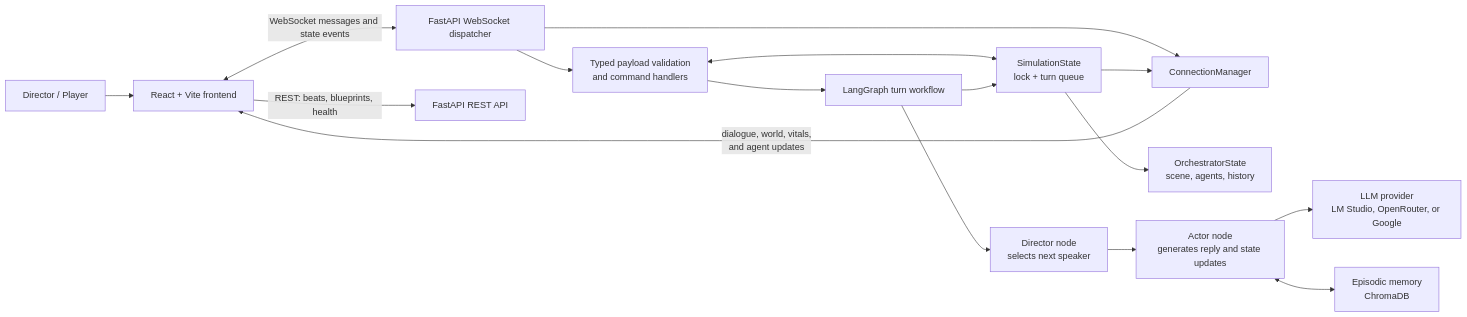
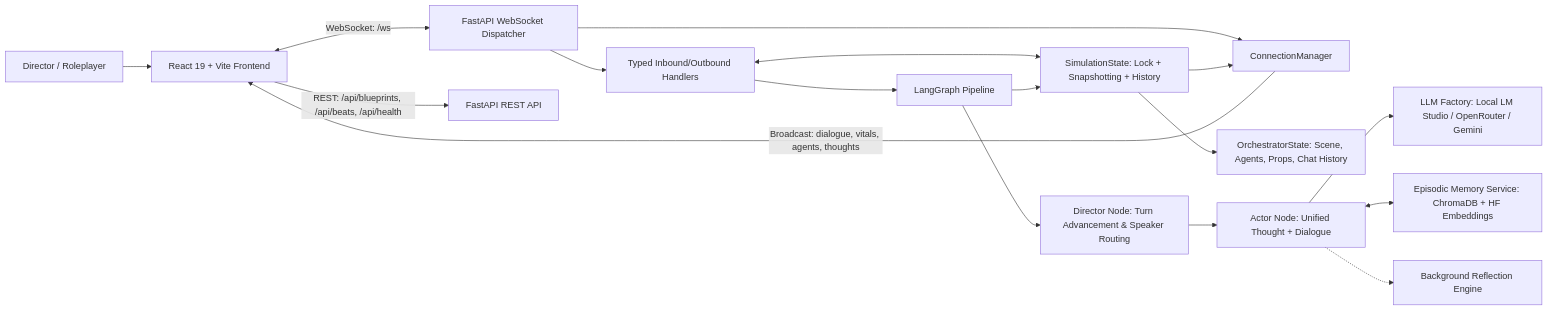
One commit to siddarthaboddu/PersonaPlay-Multi-Agent-AI-Story-Simulation changed the diagram in README.md. Above: the diagram before and after it, drawn with Mermaid. The commit also changed other lines of this file, not shown here.

Commit message:
docs: update README with current architecture, features, and how-to guide

````diff
--- a/README.md
+++ b/README.md
@@ -25,21 +79,22 @@
 ```mermaid
 flowchart LR
-    User[Director / Player] --> UI[React + Vite frontend]
-    UI <-->|WebSocket messages and state events| WS[FastAPI WebSocket dispatcher]
-    UI -->|REST: beats, blueprints, health| API[FastAPI REST API]
+    User[Director / Roleplayer] --> UI[React 19 + Vite Frontend]
+    UI <-->|WebSocket: /ws| WS[FastAPI WebSocket Dispatcher]
+    UI -->|REST: /api/blueprints, /api/beats, /api/health| API[FastAPI REST API]
 
     WS --> CM[ConnectionManager]
-    WS --> H[Typed payload validation<br/>and command handlers]
-    H <--> S[SimulationState<br/>lock + turn queue]
-    S --> O[OrchestratorState<br/>scene, agents, history]
+    WS --> H[Typed Inbound/Outbound Handlers]
+    H <--> S[SimulationState: Lock + Snapshotting + History]
+    S --> O[OrchestratorState: Scene, Agents, Props, Chat History]
 
-    H --> G[LangGraph turn workflow]
-    G --> D[Director node<br/>selects next speaker]
-    D --> A[Actor node<br/>generates reply and state updates]
-    A --> L[LLM provider<br/>LM Studio, OpenRouter, or Google]
-    A <--> M[Episodic memory<br/>ChromaDB]
+    H --> G[LangGraph Pipeline]
+    G --> D[Director Node: Turn Advancement & Speaker Routing]
+    D --> A[Actor Node: Unified Thought + Dialogue]
+    A --> L[LLM Factory: Local LM Studio / OpenRouter / Gemini]
+    A <--> M[Episodic Memory Service: ChromaDB + HF Embeddings]
+    A -.-> R[Background Reflection Engine]
 
     G --> S
     S --> CM
-    CM -->|dialogue, world, vitals,<br/>and agent updates| UI
+    CM -->|Broadcast: dialogue, vitals, agents, thoughts| UI
 ```
````
